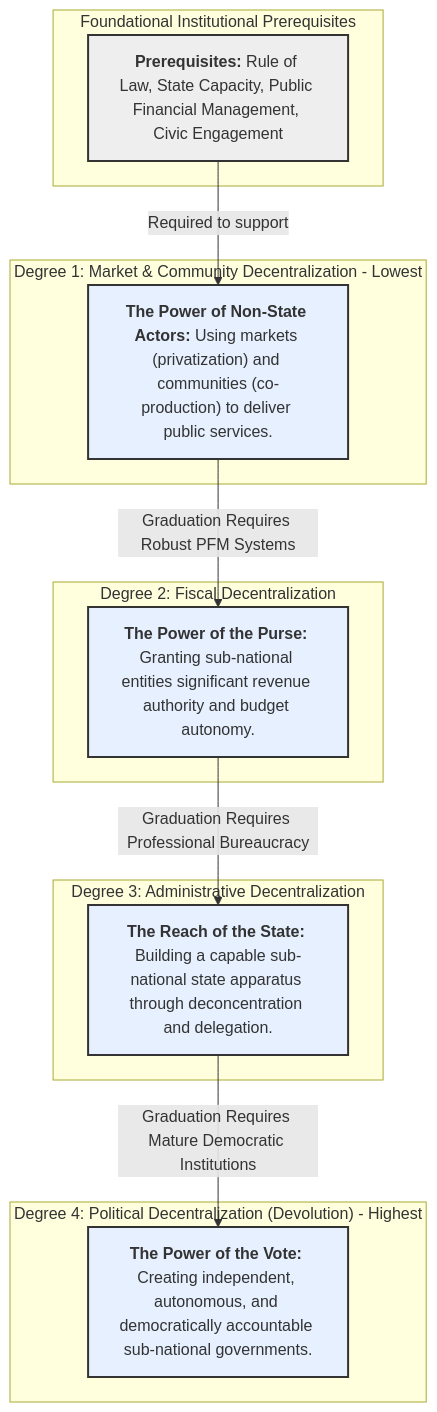
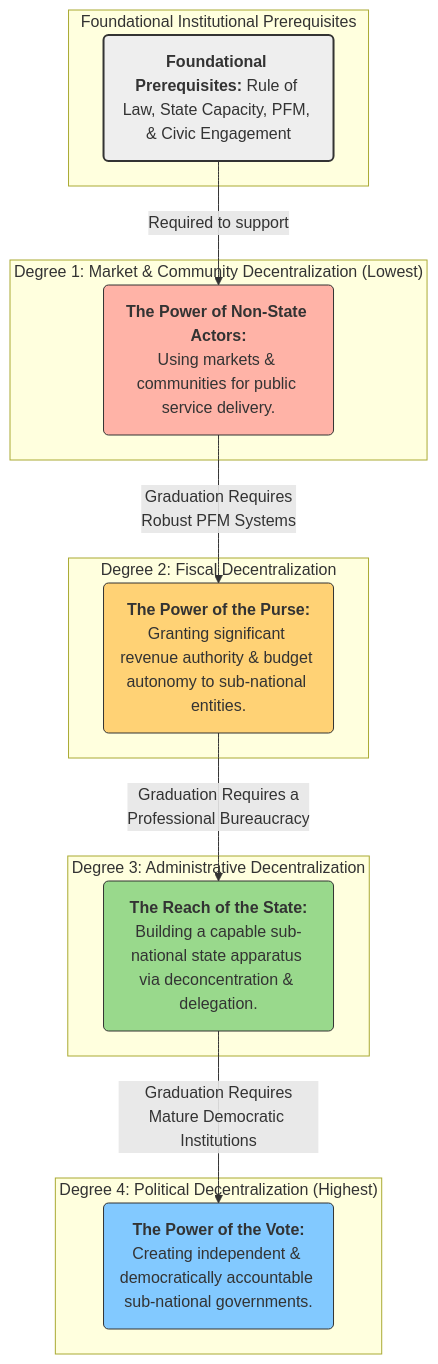
The diagram in 2.1.md (Aboutorabi/2.1.md), drawn with Mermaid before and after one commit.

````diff
--- a/2.1.md
+++ b/2.1.md
@@ -1,42 +1,32 @@
 ```mermaid
-%%{init: {'themeCSS': '.node rect { width: 600px !important; } .label foreignObject span { white-space: nowrap; }'}}%%
 graph TD
-    %% Degree 4
-    subgraph "Degree 4: Political Decentralization (Devolution) - Highest"
-        D4["<b>The Power of the Vote:</b> Creating independent, autonomous, and democratically accountable sub-national governments."]
+    subgraph "Degree 4: Political Decentralization (Highest)"
+        D4("<b>The Power of the Vote:</b><br>Creating independent & democratically accountable sub-national governments.")
+    end
+    subgraph "Degree 3: Administrative Decentralization"
+        D3("<b>The Reach of the State:</b><br>Building a capable sub-national state apparatus via deconcentration & delegation.")
+    end
+    subgraph "Degree 2: Fiscal Decentralization"
+        D2("<b>The Power of the Purse:</b><br>Granting significant revenue authority & budget autonomy to sub-national entities.")
+    end
+    subgraph "Degree 1: Market & Community Decentralization (Lowest)"
+        D1("<b>The Power of Non-State Actors:</b><br>Using markets & communities for public service delivery.")
+    end
+    
+    subgraph "Foundational Institutional Prerequisites"
+        F("<b>Foundational Prerequisites:</b> Rule of Law, State Capacity, PFM, & Civic Engagement")
     end
 
-    %% Degree 3
-    subgraph "Degree 3: Administrative Decentralization"
-        D3["<b>The Reach of the State:</b> Building a capable sub-national state apparatus through deconcentration and delegation."]
-    end
+    F -- "Required to support" --> D1
+    D1 -- "Graduation Requires<br>Robust PFM Systems" --> D2
+    D2 -- "Graduation Requires a<br>Professional Bureaucracy" --> D3
+    D3 -- "Graduation Requires<br>Mature Democratic Institutions" --> D4
 
-    %% Degree 2
-    subgraph "Degree 2: Fiscal Decentralization"
-        D2["<b>The Power of the Purse:</b> Granting sub-national entities significant revenue authority and budget autonomy."]
-    end
+    style D4 fill:#82c9ff,stroke:#333
+    style D3 fill:#99d98c,stroke:#333
+    style D2 fill:#ffd275,stroke:#333
+    style D1 fill:#ffb3a7,stroke:#333
+    style F fill:#eee,stroke:#333,stroke-width:2px
 
-    %% Degree 1
-    subgraph "Degree 1: Market & Community Decentralization - Lowest"
-        D1["<b>The Power of Non-State Actors:</b> Using markets (privatization) and communities (co-production) to deliver public services."]
-    end
-    
-    %% Prerequisites
-    subgraph "Foundational Institutional Prerequisites"
-        F["<b>Prerequisites:</b> Rule of Law, State Capacity, Public Financial Management, Civic Engagement"]
-    end
-
-    %% Arrows
-    F -->|Required to support| D1
-    D1 -->|Graduation Requires Robust PFM Systems| D2
-    D2 -->|Graduation Requires Professional Bureaucracy| D3
-    D3 -->|Graduation Requires Mature Democratic Institutions| D4
-
-    %% Styling (colors only; width forced via CSS above)
-    style F  fill:#eee,stroke:#333,stroke-width:2px
-    style D1 fill:#e6f0ff,stroke:#333,stroke-width:2px
-    style D2 fill:#e6f0ff,stroke:#333,stroke-width:2px
-    style D3 fill:#e6f0ff,stroke:#333,stroke-width:2px
-    style D4 fill:#e6f0ff,stroke:#333,stroke-width:2px
 
 ```
````
